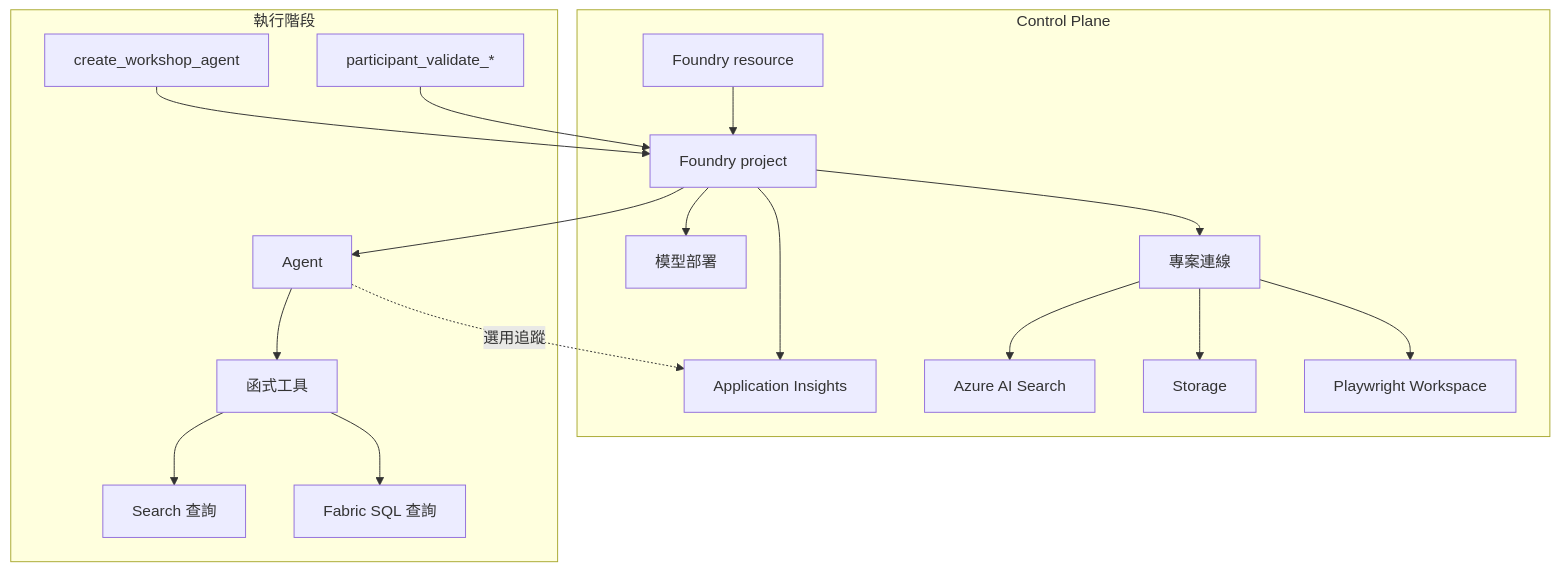
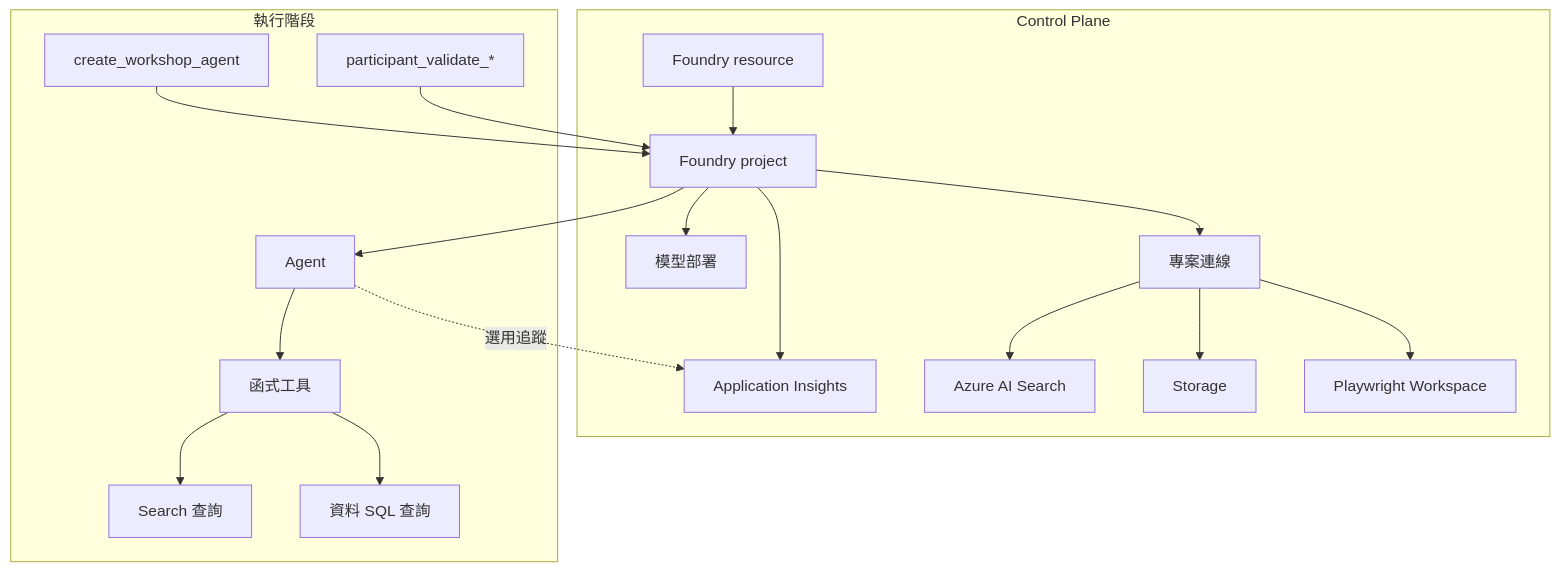
Before and after one commit to payton-chou-ms/e2e-ms-foundry-workshop: the diagram in workshop/docs/03-understand/04-control-plane.md, drawn with Mermaid. The commit also changed 32 other files, not shown here.

````diff
--- a/workshop/docs/03-understand/04-control-plane.md
+++ b/workshop/docs/03-understand/04-control-plane.md
@@ -40,35 +40,35 @@
 ```mermaid
 flowchart TB
     subgraph ControlPlane[Control Plane]
         A[Foundry resource]
         B[Foundry project]
         C[模型部署]
         D[專案連線]
         E[Application Insights]
         F[Azure AI Search]
         G[Storage]
         N[Playwright Workspace]
     end
 
     subgraph Runtime[執行階段]
         H[create_workshop_agent]
         I[participant_validate_*]
         J[Agent]
         K[函式工具]
         L[Search 查詢]
-        M[Fabric SQL 查詢]
+        M[資料 SQL 查詢]
     end
 
     A --> B --> C
     B --> D
     B --> E
     D --> F
     D --> G
     D --> N
     H --> B
     I --> B
     B --> J --> K
     K --> L
     K --> M
     J -. 選用追蹤 .-> E
 ```
````
